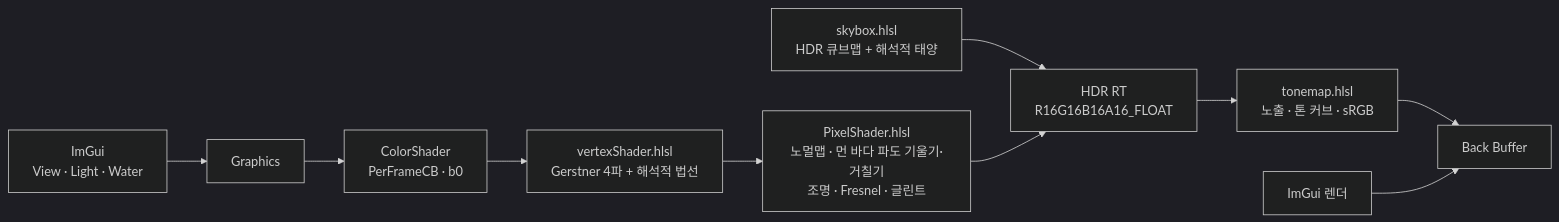
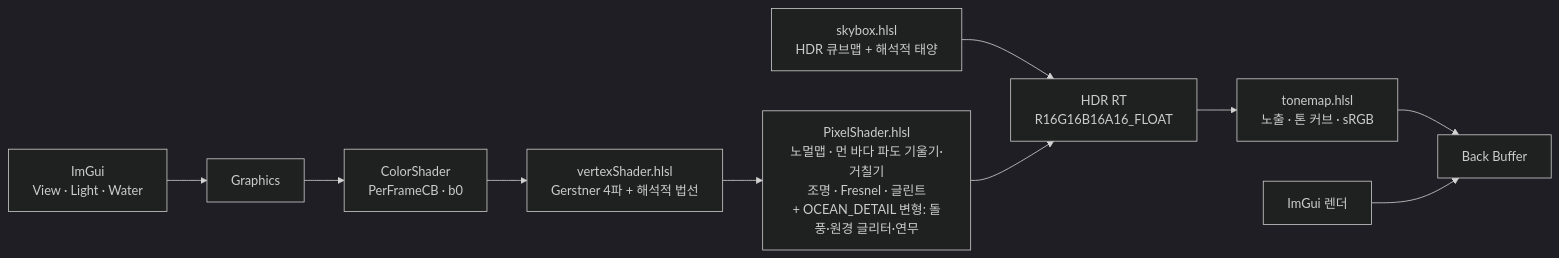
One commit to ryuhajin/WaterShader changed the diagram in README.md. Above: the diagram before and after it, drawn with Mermaid (dark theme). The commit also changed other lines of this file and 11 other files, not shown here.

````diff
--- a/README.md
+++ b/README.md
@@ -115,12 +115,12 @@
 ```mermaid
 flowchart LR
     UI[ImGui<br/>View · Light · Water] --> G[Graphics]
     G --> CB[ColorShader<br/>PerFrameCB · b0]
     CB --> VS[vertexShader.hlsl<br/>Gerstner 4파 + 해석적 법선]
-    VS --> PS[PixelShader.hlsl<br/>노멀맵 · 먼 바다 파도 기울기·거칠기<br/>조명 · Fresnel · 글린트]
+    VS --> PS[PixelShader.hlsl<br/>노멀맵 · 먼 바다 파도 기울기·거칠기<br/>조명 · Fresnel · 글린트<br/>+ OCEAN_DETAIL 변형: 돌풍·원경 글리터·연무]
     SKY[skybox.hlsl<br/>HDR 큐브맵 + 해석적 태양] --> HDR[HDR RT<br/>R16G16B16A16_FLOAT]
     PS --> HDR
     HDR --> TM[tonemap.hlsl<br/>노출 · 톤 커브 · sRGB]
     TM --> BB[Back Buffer]
     IMGUI[ImGui 렌더] --> BB
 ```
````
